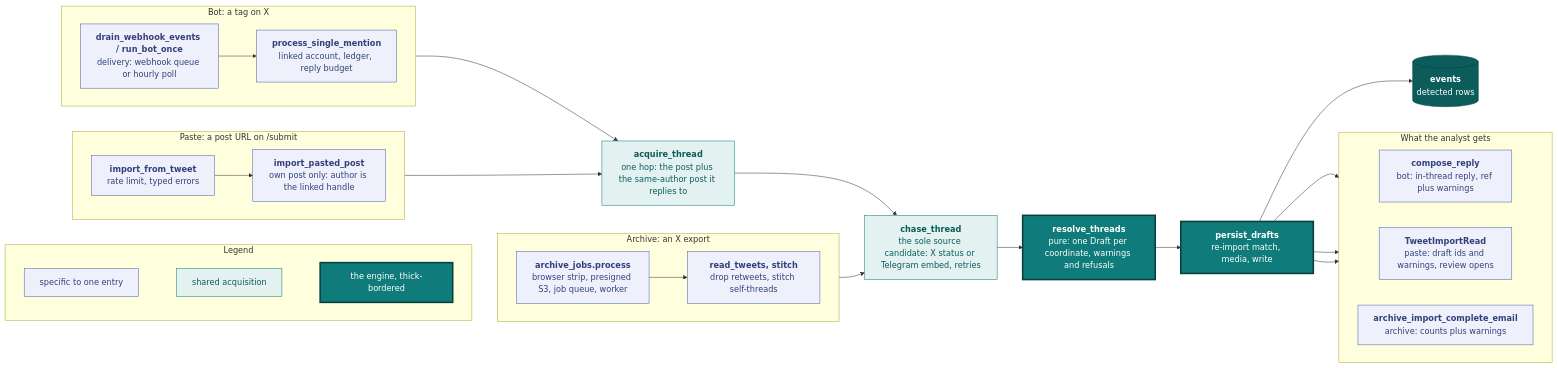
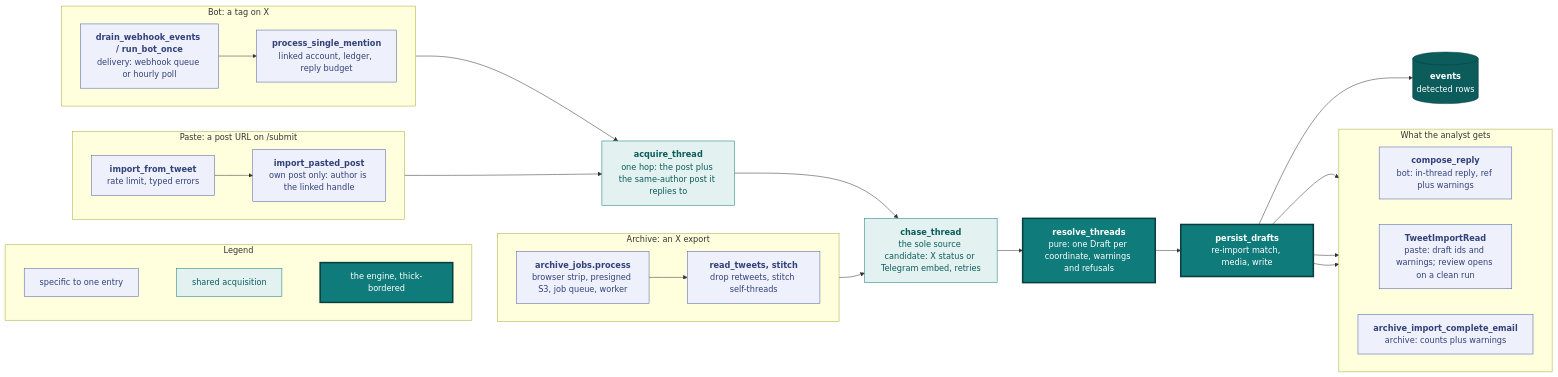
One commit to vidithq/vidit changed the first of 5 diagrams in docs/ingestion.md. Above: the diagram before and after it, drawn with Mermaid. The commit also changed other lines of this file and 1 other file, not shown here.

Commit message:
docs(ingest): the three surfaces agree on the media split, the paste landing, the short re-fetch and the reply caps

````diff
--- a/docs/ingestion.md
+++ b/docs/ingestion.md
@@ -5,63 +5,63 @@
 ```mermaid
 flowchart LR
   classDef spec fill:#eef1fb,stroke:#4a5fa5,color:#33417a
   classDef shared fill:#e3f2f1,stroke:#0f7b7a,color:#0b5c5b
   classDef core fill:#0f7b7a,stroke:#083f3e,stroke-width:3px,color:#ffffff
   classDef store fill:#0b5c5b,stroke:#083f3e,color:#ffffff
 
   subgraph legend [Legend]
     direction LR
     l1["`specific to one entry`"]:::spec
     l2["`shared acquisition`"]:::shared
     l3["`the engine, thick-bordered`"]:::core
     l1 ~~~ l2 ~~~ l3
   end
 
   subgraph paste [Paste: a post URL on /submit]
     direction LR
     p1["`**import_from_tweet**
     rate limit, typed errors`"]:::spec --> p2["`**import_pasted_post**
     own post only: author is the linked handle`"]:::spec
   end
   subgraph bot [Bot: a tag on X]
     direction LR
     b1["`**drain_webhook_events / run_bot_once**
     delivery: webhook queue or hourly poll`"]:::spec --> b2["`**process_single_mention**
     linked account, ledger, reply budget`"]:::spec
   end
   subgraph archive [Archive: an X export]
     direction LR
     a1["`**archive_jobs.process**
     browser strip, presigned S3, job queue, worker`"]:::spec --> a2["`**read_tweets, stitch**
     drop retweets, stitch self-threads`"]:::spec
   end
 
   hop["`**acquire_thread**
   one hop: the post plus the same-author post it replies to`"]:::shared
   chase["`**chase_thread**
   the sole source candidate: X status or Telegram embed, retries`"]:::shared
   resolve["`**resolve_threads**
   pure: one Draft per coordinate, warnings and refusals`"]:::core
   persist["`**persist_drafts**
   re-import match, media, write`"]:::core
   rows[("`**events**
   detected rows`")]:::store
 
   subgraph feedback [What the analyst gets]
     direction LR
     f1["`**compose_reply**
     bot: in-thread reply, ref plus warnings`"]:::spec
     f2["`**TweetImportRead**
-    paste: draft ids and warnings, review opens`"]:::spec
+    paste: draft ids and warnings; review opens on a clean run`"]:::spec
     f3["`**archive_import_complete_email**
     archive: counts plus warnings`"]:::spec
   end
 
   p2 --> hop
   b2 --> hop
   a2 --> chase
   hop --> chase --> resolve --> persist --> rows
   persist --> f1
   persist --> f2
   persist --> f3
 ```
````
